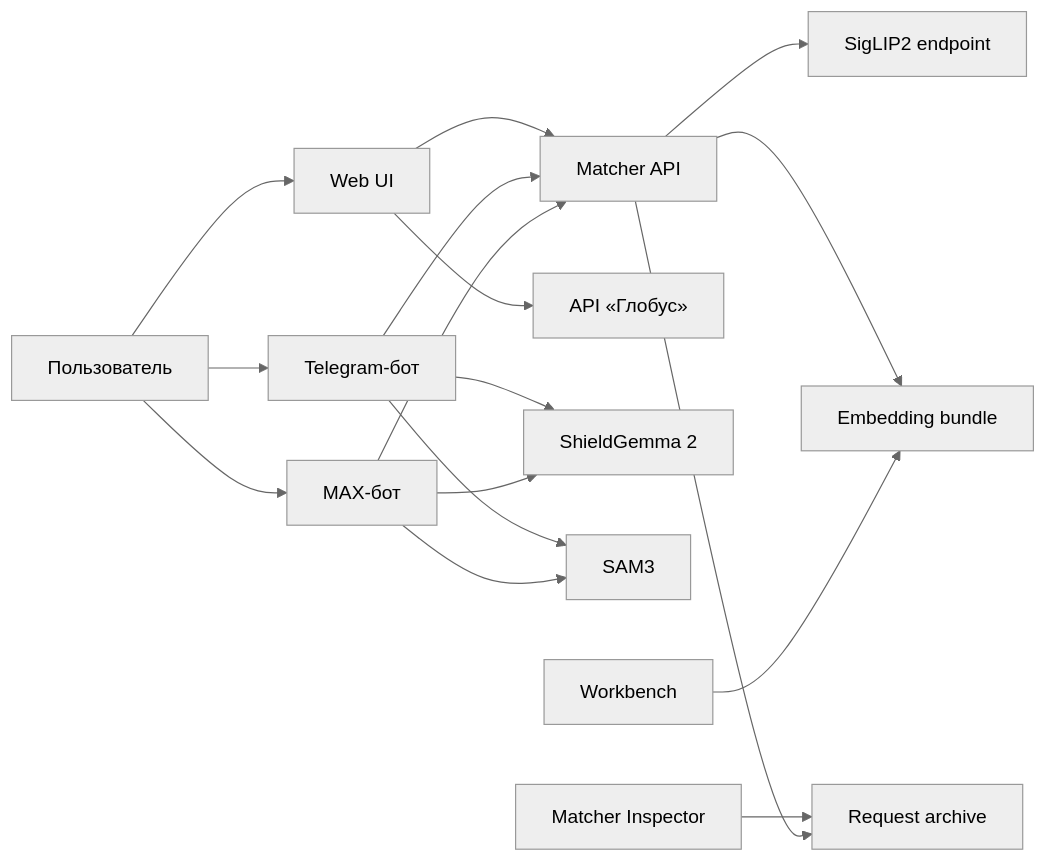
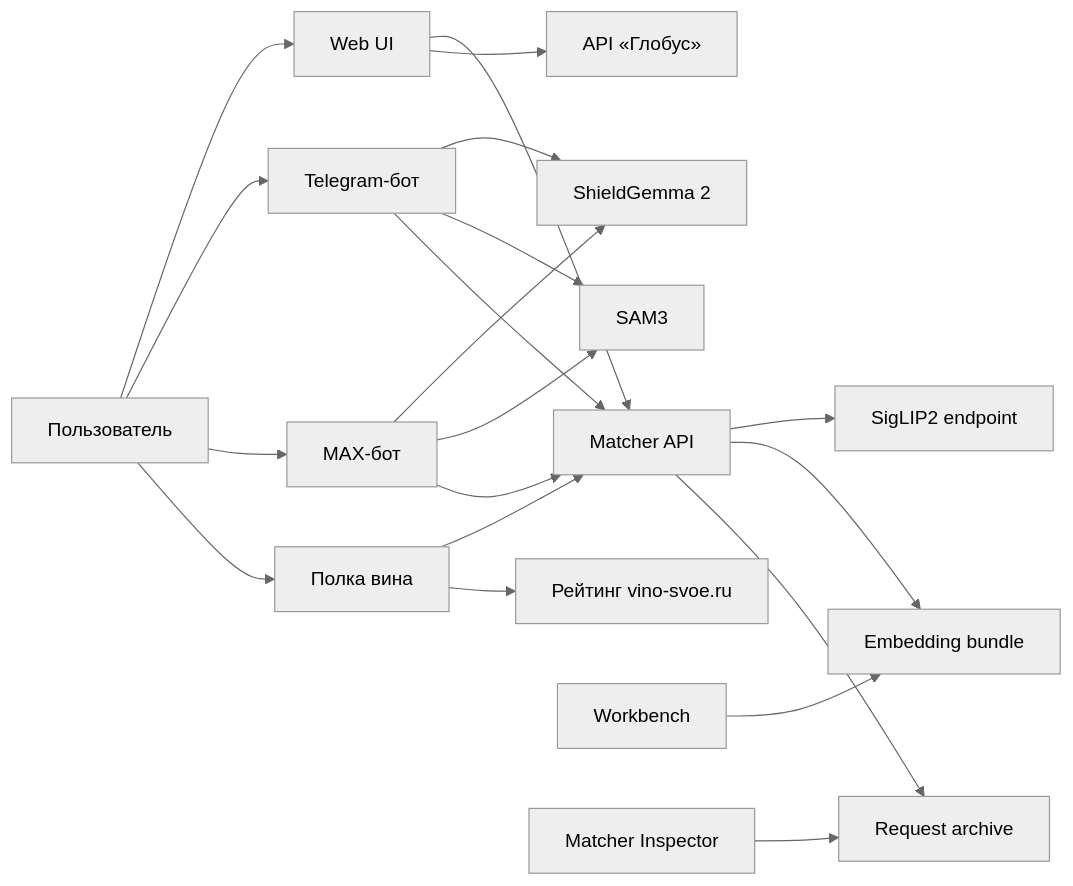
The diagram in ARCHITECTURE.md (s1mb1o/svoe-vino-lab-dev), drawn with Mermaid (neutral theme) before and after one commit. The commit also changed other lines of this file and 3 other files, not shown here.

````diff
--- a/ARCHITECTURE.md
+++ b/ARCHITECTURE.md
@@ -5,19 +5,22 @@
 ```mermaid
 flowchart LR
     U[Пользователь] --> W[Web UI]
     U --> T[Telegram-бот]
     U --> X[MAX-бот]
+    U --> P[Полка вина]
     W --> M[Matcher API]
     W --> G[API «Глобус»]
     T --> S[ShieldGemma 2]
     T --> A[SAM3]
     T --> M
     X --> S
     X --> A
     X --> M
+    P --> M
+    P --> V[Рейтинг vino-svoe.ru]
     M --> E[SigLIP2 endpoint]
     M --> B[Embedding bundle]
     L[Workbench] --> B
     I[Matcher Inspector] --> R[Request archive]
     M --> R
 ```
````
